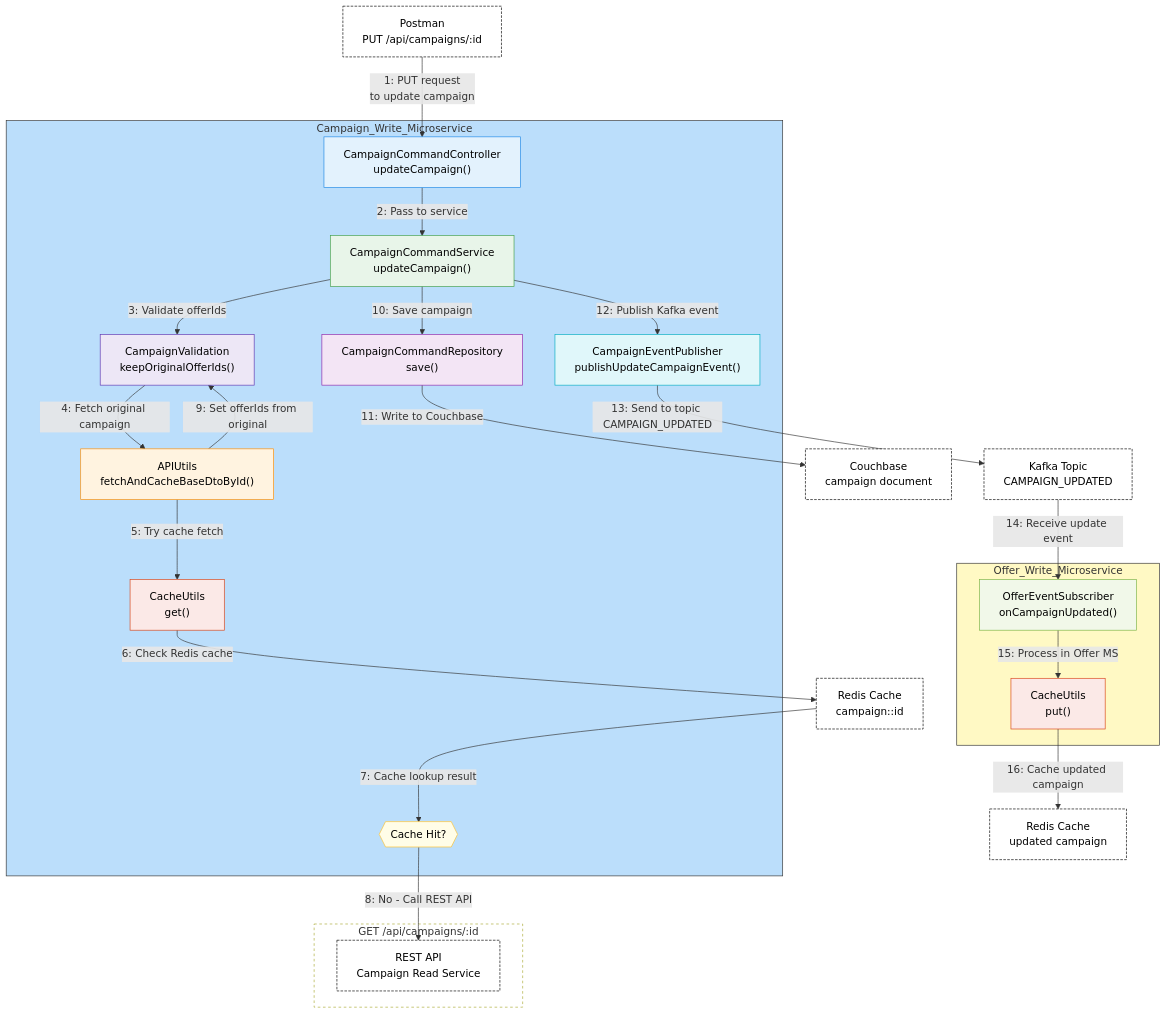
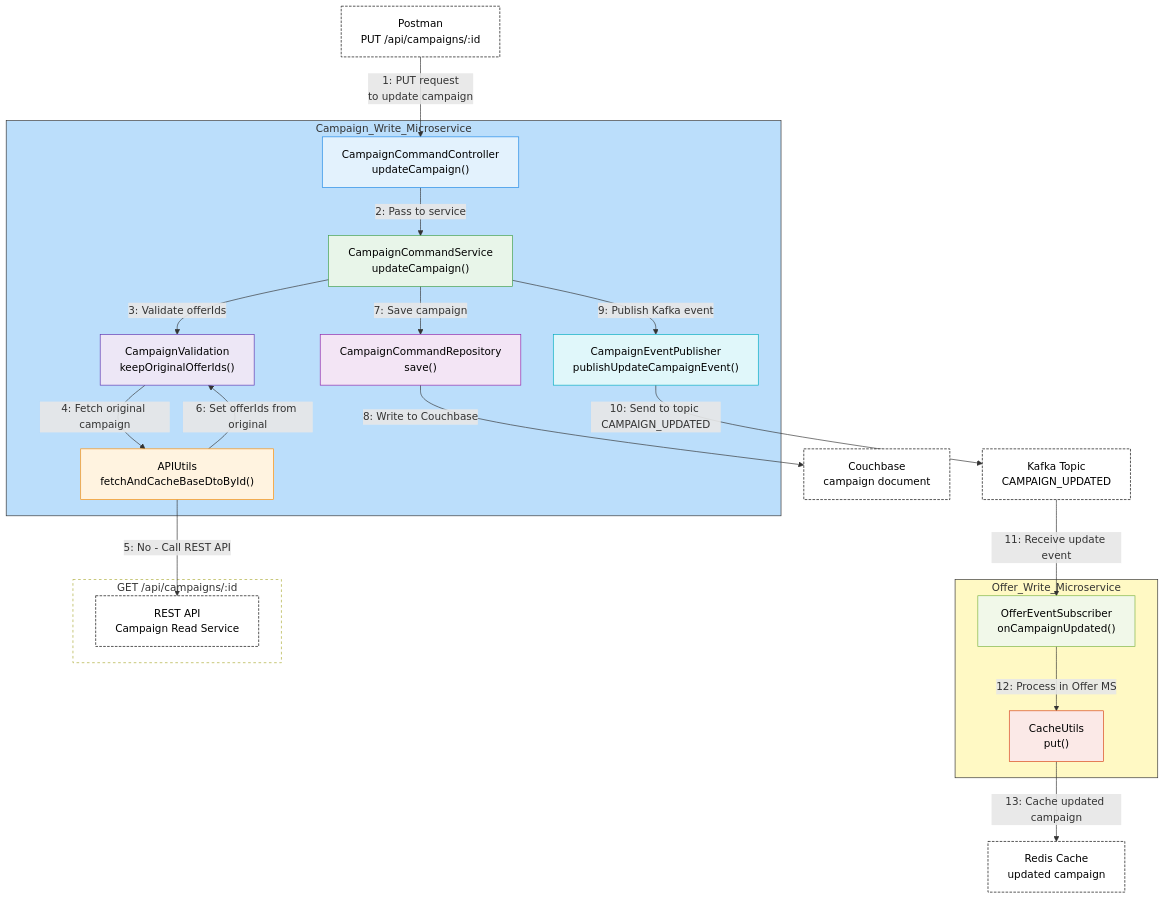
One commit to aakashkumar1980/apps-microservices changed the diagram in _readme_assets/campaign_update.mmd. Above: the diagram before and after it, drawn with Mermaid.

Commit message:
updated and refactored

```diff
--- a/_readme_assets/campaign_update.mmd
+++ b/_readme_assets/campaign_update.mmd
@@ -1,67 +1,58 @@
+---
+config:
+  layout: dagre
+---
 flowchart TD
-%% Postman
-    POSTMAN["Postman<br>PUT /api/campaigns/:id"]:::external
-
-%% Microservice: Campaign Write
-    subgraph Campaign_Write_Microservice
-        style Campaign_Write_Microservice fill:#BBDEFB,stroke:#333,stroke-width:1px
-
-        CCC["CampaignCommandController<br>updateCampaign()"]:::controller
-        CCS["CampaignCommandService<br>updateCampaign()"]:::service
-        VAL["CampaignValidation<br>keepOriginalOfferIds()"]:::validator
-        APIU["APIUtils<br>fetchAndCacheBaseDtoById()"]:::util
-        CU1["CacheUtils<br>get()"]:::util2
-        DECISION{{Cache Hit?}}:::decision
-        CCR["CampaignCommandRepository<br>save()"]:::repository
-        CEP["CampaignEventPublisher<br>publishUpdateCampaignEvent()"]:::event
+    subgraph Campaign_Write_Microservice["Campaign_Write_Microservice"]
+        CCC["CampaignCommandController<br>updateCampaign()"]
+        CCS["CampaignCommandService<br>updateCampaign()"]
+        VAL["CampaignValidation<br>keepOriginalOfferIds()"]
+        APIU["APIUtils<br>fetchAndCacheBaseDtoById()"]
+        CCR["CampaignCommandRepository<br>save()"]
+        CEP["CampaignEventPublisher<br>publishUpdateCampaignEvent()"]
     end
-
-%% Microservice: Offer Write
-    subgraph Offer_Write_Microservice
-        style Offer_Write_Microservice fill:#FFF9C4,stroke:#333,stroke-width:1px
-
-        CES["OfferEventSubscriber<br>onCampaignUpdated()"]:::subscriber
-        CU2["CacheUtils<br>put()"]:::util2
+    subgraph Offer_Write_Microservice["Offer_Write_Microservice"]
+        CES["OfferEventSubscriber<br>onCampaignUpdated()"]
+        CU2["CacheUtils<br>put()"]
     end
-
-%% External Systems
-    CB1["Couchbase<br>campaign document"]:::external
-    K1["Kafka Topic<br>CAMPAIGN_UPDATED"]:::external
-    REDIS1["Redis Cache<br>campaign::id"]:::external
-    REDIS2["Redis Cache<br>updated campaign"]:::external
-
-%% REST API box (outside Campaign MS)
-    subgraph REST_Campaign_Read_API [GET /api/campaigns/:id]
-        style REST_Campaign_Read_API stroke-dasharray: 4 4,fill:#ffffff
-        REST["REST API<br>Campaign Read Service"]:::external
+    subgraph REST_Campaign_Read_API["GET /api/campaigns/:id"]
+        REST["REST API<br>Campaign Read Service"]
     end
-
-%% Flow Arrows
-    POSTMAN -->|1: PUT request<br>to update campaign| CCC
-    CCC -->|2: Pass to service| CCS
-    CCS -->|3: Validate offerIds| VAL
-    VAL -->|4: Fetch original campaign| APIU
-    APIU -->|5: Try cache fetch| CU1
-    CU1 -->|6: Check Redis cache| REDIS1
-    REDIS1 -->|7: Cache lookup result| DECISION
-    DECISION -->|8: No - Call REST API| REST
-    APIU -->|9: Set offerIds from original| VAL
-    CCS -->|10: Save campaign| CCR
-    CCR -->|11: Write to Couchbase| CB1
-    CCS -->|12: Publish Kafka event| CEP
-    CEP -->|13: Send to topic CAMPAIGN_UPDATED| K1
-    K1 -->|14: Receive update event| CES
-    CES -->|15: Process in Offer MS| CU2
-    CU2 -->|16: Cache updated campaign| REDIS2
-
-%% Styling
-    classDef controller fill:#E3F2FD,stroke:#1E88E5,color:#000;
-    classDef service fill:#E8F5E9,stroke:#43A047,color:#000;
-    classDef validator fill:#EDE7F6,stroke:#5E35B1,color:#000;
-    classDef repository fill:#F3E5F5,stroke:#8E24AA,color:#000;
-    classDef util fill:#FFF3E0,stroke:#FB8C00,color:#000;
-    classDef event fill:#E0F7FA,stroke:#00ACC1,color:#000;
-    classDef decision fill:#FFFDE7,stroke:#FBC02D,color:#000;
-    classDef subscriber fill:#F1F8E9,stroke:#7CB342,color:#000;
-    classDef util2 fill:#FBE9E7,stroke:#D84315,color:#000;
-    classDef external fill:#FFFFFF,stroke:#000,color:#000,stroke-dasharray: 4 2;
+    POSTMAN["Postman<br>PUT /api/campaigns/:id"] -- 1: PUT request<br>to update campaign --> CCC
+    CCC -- 2: Pass to service --> CCS
+    CCS -- 3: Validate offerIds --> VAL
+    VAL -- 4: Fetch original campaign --> APIU
+    APIU -- "5: No - Call REST API" --> REST
+    APIU -- 6: Set offerIds from original --> VAL
+    CCS -- 7: Save campaign --> CCR
+    CCR -- 8: Write to Couchbase --> CB1["Couchbase<br>campaign document"]
+    CCS -- 9: Publish Kafka event --> CEP
+    CEP -- 10: Send to topic CAMPAIGN_UPDATED --> K1["Kafka Topic<br>CAMPAIGN_UPDATED"]
+    K1 -- 11: Receive update event --> CES
+    CES -- 12: Process in Offer MS --> CU2
+    CU2 -- 13: Cache updated campaign --> REDIS2["Redis Cache<br>updated campaign"]
+    CCC:::controller
+    CCS:::service
+    VAL:::validator
+    APIU:::util
+    CCR:::repository
+    CEP:::event
+    CES:::subscriber
+    CU2:::util2
+    REST:::external
+    POSTMAN:::external
+    CB1:::external
+    K1:::external
+    REDIS2:::external
+    classDef controller fill:#E3F2FD,stroke:#1E88E5,color:#000
+    classDef service fill:#E8F5E9,stroke:#43A047,color:#000
+    classDef validator fill:#EDE7F6,stroke:#5E35B1,color:#000
+    classDef repository fill:#F3E5F5,stroke:#8E24AA,color:#000
+    classDef util fill:#FFF3E0,stroke:#FB8C00,color:#000
+    classDef event fill:#E0F7FA,stroke:#00ACC1,color:#000
+    classDef subscriber fill:#F1F8E9,stroke:#7CB342,color:#000
+    classDef util2 fill:#FBE9E7,stroke:#D84315,color:#000
+    classDef external fill:#FFFFFF,stroke:#000,color:#000,stroke-dasharray: 4 2
+    style Campaign_Write_Microservice fill:#BBDEFB,stroke:#333,stroke-width:1px
+    style Offer_Write_Microservice fill:#FFF9C4,stroke:#333,stroke-width:1px
+    style REST_Campaign_Read_API stroke-dasharray: 4 4,fill:#ffffff
```
